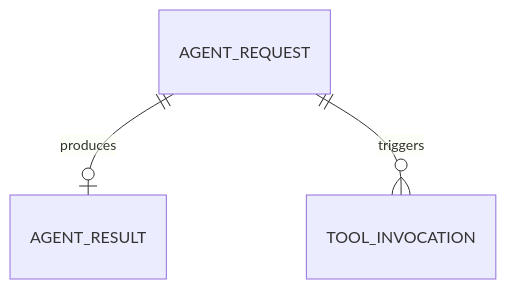
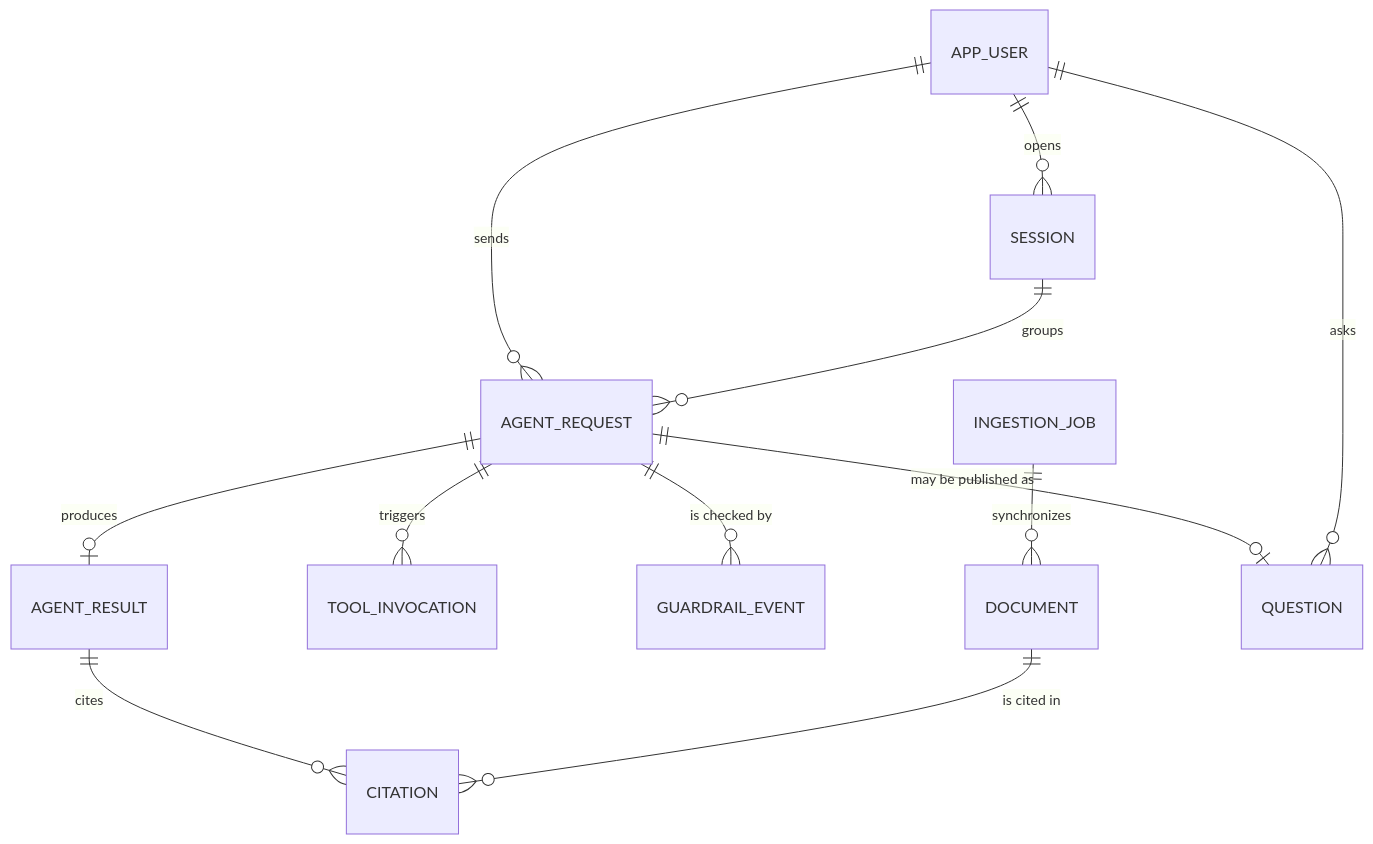
The diagram in docs/entity_model.md (mauc-agentic/spec-to-runtime-aws), drawn with Mermaid before and after one commit. The commit also changed other lines of this file and 4 other files, not shown here.

````diff
--- a/docs/entity_model.md
+++ b/docs/entity_model.md
@@ -7,5 +7,14 @@
 ```mermaid
 erDiagram
+    APP_USER ||--o{ SESSION : "opens"
+    APP_USER ||--o{ AGENT_REQUEST : "sends"
+    SESSION ||--o{ AGENT_REQUEST : "groups"
     AGENT_REQUEST ||--o| AGENT_RESULT : "produces"
     AGENT_REQUEST ||--o{ TOOL_INVOCATION : "triggers"
+    AGENT_REQUEST ||--o{ GUARDRAIL_EVENT : "is checked by"
+    AGENT_RESULT ||--o{ CITATION : "cites"
+    DOCUMENT ||--o{ CITATION : "is cited in"
+    INGESTION_JOB ||--o{ DOCUMENT : "synchronizes"
+    AGENT_REQUEST ||--o| QUESTION : "may be published as"
+    APP_USER ||--o{ QUESTION : "asks"
 ```
````
